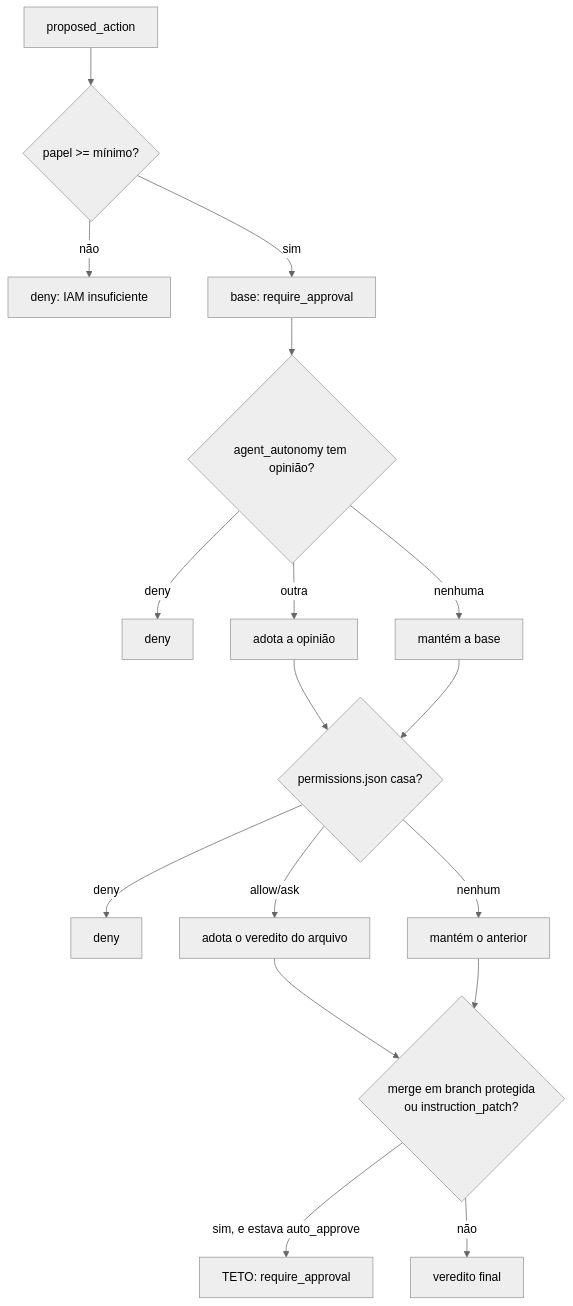
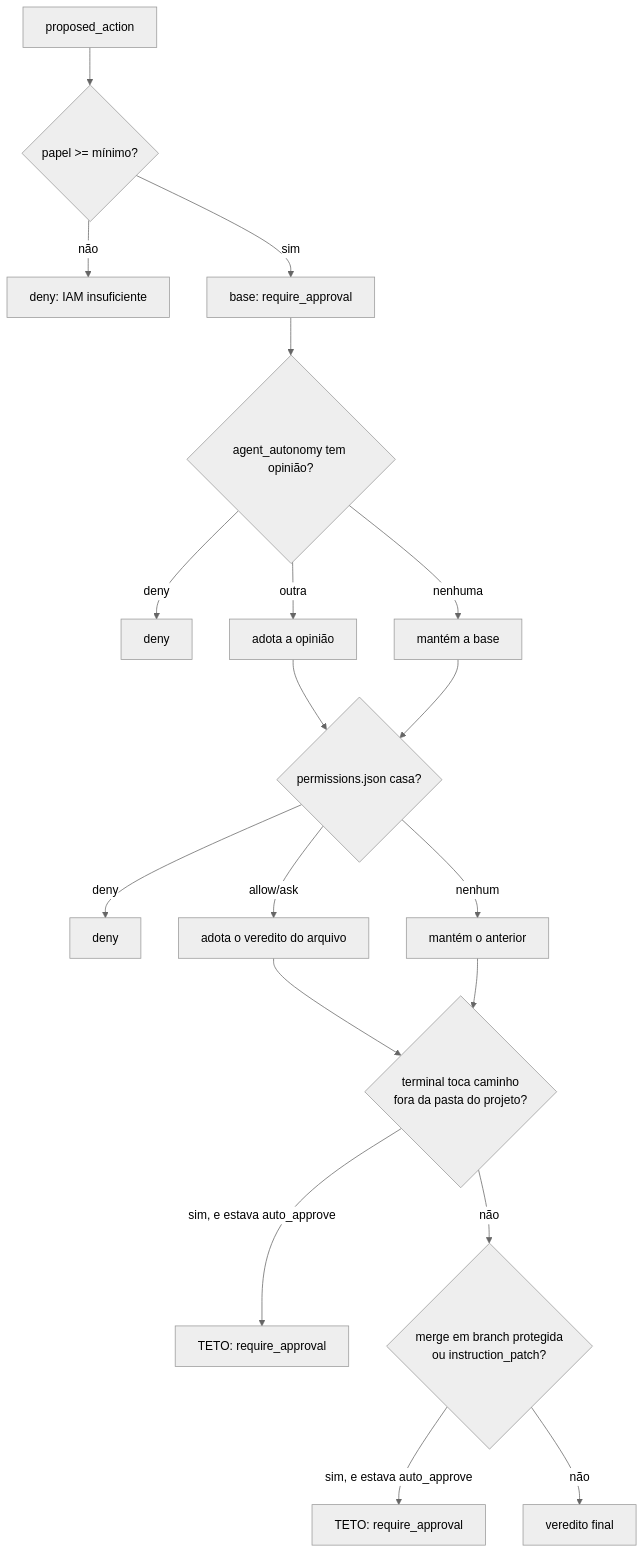
One commit to daneiel/brabo changed the diagram in docs/reference/permissions.md. Above: the diagram before and after it, drawn with Mermaid (neutral theme). The commit also changed other lines of this file and 14 other files, not shown here.

First line of the commit message:
feat(api): escopo de caminho na política de terminal (ADR 0055, achado U)

````diff
--- a/docs/reference/permissions.md
+++ b/docs/reference/permissions.md
@@ -146,19 +146,21 @@
 ```mermaid
 flowchart TD
   A[proposed_action] --> B{papel >= mínimo?}
   B -->|não| D1[deny: IAM insuficiente]
   B -->|sim| C[base: require_approval]
   C --> D{agent_autonomy tem opinião?}
   D -->|deny| D2[deny]
   D -->|outra| E[adota a opinião]
   D -->|nenhuma| E2[mantém a base]
   E --> F{permissions.json casa?}
   E2 --> F
   F -->|deny| D3[deny]
   F -->|allow/ask| G[adota o veredito do arquivo]
   F -->|nenhum| G2[mantém o anterior]
-  G --> H{merge em branch protegida<br/>ou instruction_patch?}
-  G2 --> H
+  G --> S{terminal toca caminho<br/>fora da pasta do projeto?}
+  G2 --> S
+  S -->|sim, e estava auto_approve| I2[TETO: require_approval]
+  S -->|não| H{merge em branch protegida<br/>ou instruction_patch?}
   H -->|sim, e estava auto_approve| I[TETO: require_approval]
   H -->|não| J[veredito final]
 ```
````
